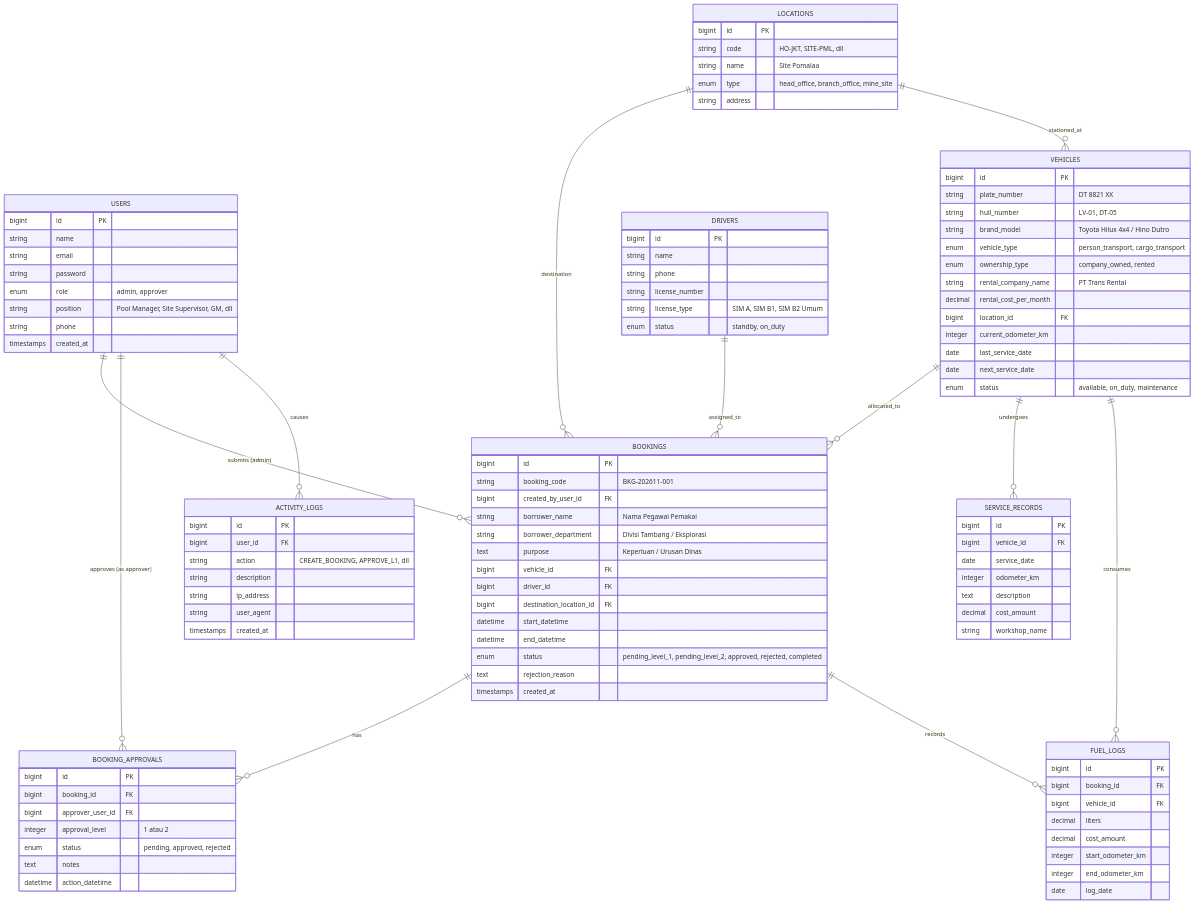
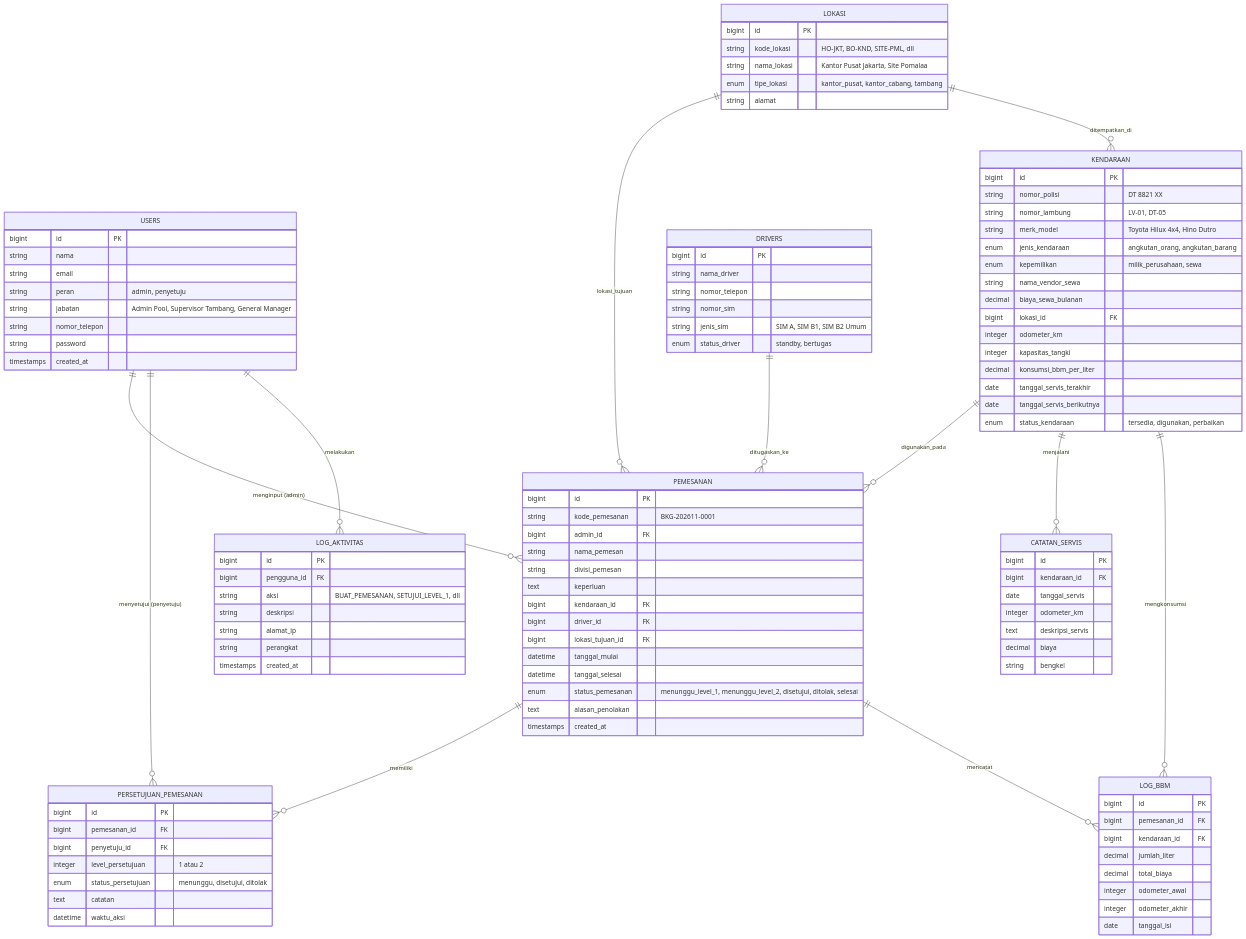
One commit to EdgardoDesigner/Project_Training_Sekawan_Media changed the second of 2 diagrams in PRD.md. Above: the diagram before and after it, drawn with Mermaid. The commit also changed other lines of this file, not shown here.

Commit message:
docs: update PRD with Indonesian database attributes

````diff
--- a/PRD.md
+++ b/PRD.md
@@ -123,120 +123,122 @@
 ```mermaid
 erDiagram
-    USERS ||--o{ BOOKINGS : "submits (admin)"
-    USERS ||--o{ BOOKING_APPROVALS : "approves (as approver)"
-    USERS ||--o{ ACTIVITY_LOGS : "causes"
+    USERS ||--o{ PEMESANAN : "menginput (admin)"
+    USERS ||--o{ PERSETUJUAN_PEMESANAN : "menyetujui (penyetuju)"
+    USERS ||--o{ LOG_AKTIVITAS : "melakukan"
     
-    LOCATIONS ||--o{ BOOKINGS : "destination"
-    LOCATIONS ||--o{ VEHICLES : "stationed_at"
+    LOKASI ||--o{ PEMESANAN : "lokasi_tujuan"
+    LOKASI ||--o{ KENDARAAN : "ditempatkan_di"
     
-    VEHICLES ||--o{ BOOKINGS : "allocated_to"
-    VEHICLES ||--o{ SERVICE_RECORDS : "undergoes"
-    VEHICLES ||--o{ FUEL_LOGS : "consumes"
+    KENDARAAN ||--o{ PEMESANAN : "digunakan_pada"
+    KENDARAAN ||--o{ CATATAN_SERVIS : "menjalani"
+    KENDARAAN ||--o{ LOG_BBM : "mengkonsumsi"
     
-    DRIVERS ||--o{ BOOKINGS : "assigned_to"
+    DRIVERS ||--o{ PEMESANAN : "ditugaskan_ke"
     
-    BOOKINGS ||--o{ BOOKING_APPROVALS : "has"
-    BOOKINGS ||--o{ FUEL_LOGS : "records"
+    PEMESANAN ||--o{ PERSETUJUAN_PEMESANAN : "memiliki"
+    PEMESANAN ||--o{ LOG_BBM : "mencatat"
 
     USERS {
         bigint id PK
-        string name
+        string nama
         string email
+        string peran "admin, penyetuju"
+        string jabatan "Admin Pool, Supervisor Tambang, General Manager"
+        string nomor_telepon
         string password
-        enum role "admin, approver"
-        string position "Pool Manager, Site Supervisor, GM, dll"
-        string phone
         timestamps created_at
     }
 
-    LOCATIONS {
+    LOKASI {
         bigint id PK
-        string code "HO-JKT, SITE-PML, dll"
-        string name "Site Pomalaa"
-        enum type "head_office, branch_office, mine_site"
-        string address
+        string kode_lokasi "HO-JKT, BO-KND, SITE-PML, dll"
+        string nama_lokasi "Kantor Pusat Jakarta, Site Pomalaa"
+        enum tipe_lokasi "kantor_pusat, kantor_cabang, tambang"
+        string alamat
     }
 
-    VEHICLES {
+    KENDARAAN {
         bigint id PK
-        string plate_number "DT 8821 XX"
-        string hull_number "LV-01, DT-05"
-        string brand_model "Toyota Hilux 4x4 / Hino Dutro"
-        enum vehicle_type "person_transport, cargo_transport"
-        enum ownership_type "company_owned, rented"
-        string rental_company_name "PT Trans Rental"
-        decimal rental_cost_per_month
-        bigint location_id FK
-        integer current_odometer_km
-        date last_service_date
-        date next_service_date
-        enum status "available, on_duty, maintenance"
+        string nomor_polisi "DT 8821 XX"
+        string nomor_lambung "LV-01, DT-05"
+        string merk_model "Toyota Hilux 4x4, Hino Dutro"
+        enum jenis_kendaraan "angkutan_orang, angkutan_barang"
+        enum kepemilikan "milik_perusahaan, sewa"
+        string nama_vendor_sewa
+        decimal biaya_sewa_bulanan
+        bigint lokasi_id FK
+        integer odometer_km
+        integer kapasitas_tangki
+        decimal konsumsi_bbm_per_liter
+        date tanggal_servis_terakhir
+        date tanggal_servis_berikutnya
+        enum status_kendaraan "tersedia, digunakan, perbaikan"
     }
 
     DRIVERS {
         bigint id PK
-        string name
-        string phone
-        string license_number
-        string license_type "SIM A, SIM B1, SIM B2 Umum"
-        enum status "standby, on_duty"
+        string nama_driver
+        string nomor_telepon
+        string nomor_sim
+        string jenis_sim "SIM A, SIM B1, SIM B2 Umum"
+        enum status_driver "standby, bertugas"
     }
 
-    BOOKINGS {
+    PEMESANAN {
         bigint id PK
-        string booking_code "BKG-202611-001"
-        bigint created_by_user_id FK
-        string borrower_name "Nama Pegawai Pemakai"
-        string borrower_department "Divisi Tambang / Eksplorasi"
-        text purpose "Keperluan / Urusan Dinas"
-        bigint vehicle_id FK
+        string kode_pemesanan "BKG-202611-0001"
+        bigint admin_id FK
+        string nama_pemesan
+        string divisi_pemesan
+        text keperluan
+        bigint kendaraan_id FK
         bigint driver_id FK
-        bigint destination_location_id FK
-        datetime start_datetime
-        datetime end_datetime
-        enum status "pending_level_1, pending_level_2, approved, rejected, completed"
-        text rejection_reason
+        bigint lokasi_tujuan_id FK
+        datetime tanggal_mulai
+        datetime tanggal_selesai
+        enum status_pemesanan "menunggu_level_1, menunggu_level_2, disetujui, ditolak, selesai"
+        text alasan_penolakan
         timestamps created_at
     }
 
-    BOOKING_APPROVALS {
+    PERSETUJUAN_PEMESANAN {
         bigint id PK
-        bigint booking_id FK
-        bigint approver_user_id FK
-        integer approval_level "1 atau 2"
-        enum status "pending, approved, rejected"
-        text notes
-        datetime action_datetime
+        bigint pemesanan_id FK
+        bigint penyetuju_id FK
+        integer level_persetujuan "1 atau 2"
+        enum status_persetujuan "menunggu, disetujui, ditolak"
+        text catatan
+        datetime waktu_aksi
     }
 
-    FUEL_LOGS {
+    LOG_BBM {
         bigint id PK
-        bigint booking_id FK
-        bigint vehicle_id FK
-        decimal liters
-        decimal cost_amount
-        integer start_odometer_km
-        integer end_odometer_km
-        date log_date
+        bigint pemesanan_id FK
+        bigint kendaraan_id FK
+        decimal jumlah_liter
+        decimal total_biaya
+        integer odometer_awal
+        integer odometer_akhir
+        date tanggal_isi
     }
 
-    SERVICE_RECORDS {
+    CATATAN_SERVIS {
         bigint id PK
-        bigint vehicle_id FK
-        date service_date
+        bigint kendaraan_id FK
+        date tanggal_servis
         integer odometer_km
-        text description
-        decimal cost_amount
-        string workshop_name
+        text deskripsi_servis
+        decimal biaya
+        string bengkel
     }
 
-    ACTIVITY_LOGS {
+    LOG_AKTIVITAS {
         bigint id PK
-        bigint user_id FK
-        string action "CREATE_BOOKING, APPROVE_L1, dll"
-        string description
-        string ip_address
-        string user_agent
+        bigint pengguna_id FK
+        string aksi "BUAT_PEMESANAN, SETUJUI_LEVEL_1, dll"
+        string deskripsi
+        string alamat_ip
+        string perangkat
         timestamps created_at
     }
 ```
````
